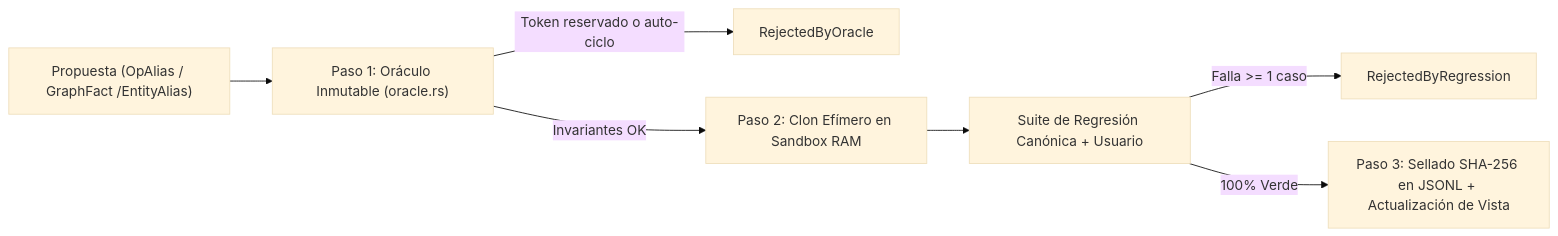
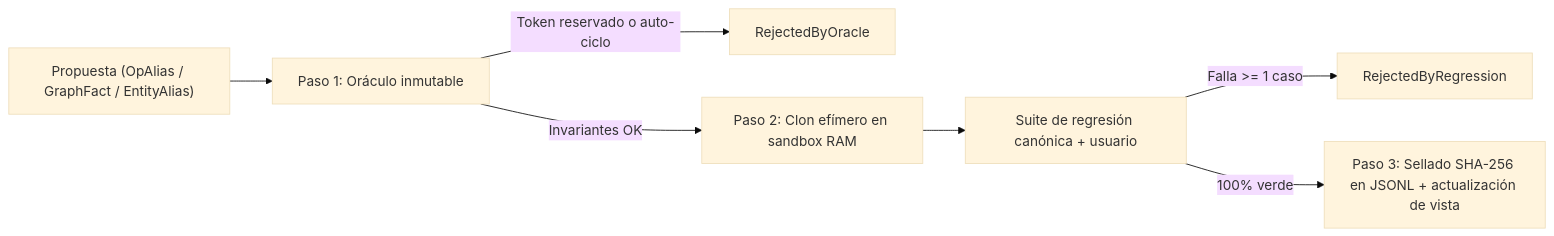
One commit to dev-nikolas/RELIC changed the second of 2 diagrams in README.md. Above: the diagram before and after it, drawn with Mermaid (base theme). The commit also changed other lines of this file, not shown here.

````diff
--- a/README.md
+++ b/README.md
@@ -59,9 +79,9 @@
 ```mermaid
 flowchart LR
-    P["Propuesta (OpAlias / GraphFact /EntityAlias)"] --> OR["Paso 1: Oráculo Inmutable (oracle.rs)"]
+    P["Propuesta (OpAlias / GraphFact / EntityAlias)"] --> OR["Paso 1: Oráculo inmutable"]
     OR -->|"Token reservado o auto-ciclo"| REJ1["RejectedByOracle"]
-    OR -->|"Invariantes OK"| SB["Paso 2: Clon Efímero en Sandbox RAM"]
-    SB --> REG["Suite de Regresión Canónica + Usuario"]
+    OR -->|"Invariantes OK"| SB["Paso 2: Clon efímero en sandbox RAM"]
+    SB --> REG["Suite de regresión canónica + usuario"]
     REG -->|"Falla >= 1 caso"| REJ2["RejectedByRegression"]
-    REG -->|"100% Verde"| COM["Paso 3: Sellado SHA-256 en JSONL + Actualización de Vista"]
+    REG -->|"100% verde"| COM["Paso 3: Sellado SHA-256 en JSONL + actualización de vista"]
 ```
````
